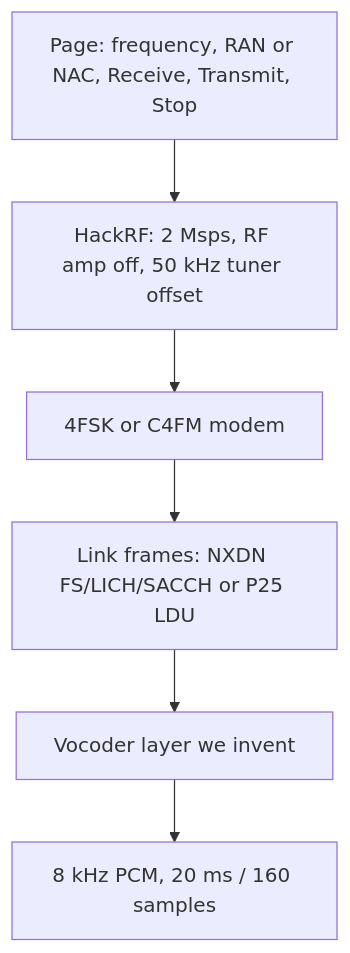
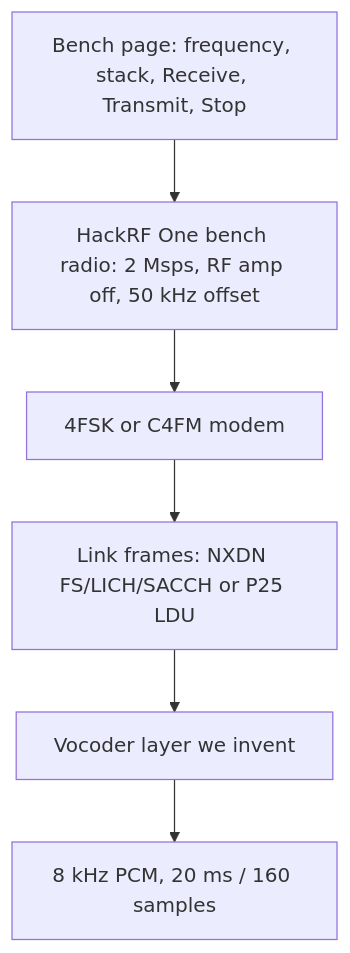
Before and after one commit to tmdrake/jim-p25: the first of 5 diagrams in ROADMAP.md, drawn with Mermaid. The commit also changed other lines of this file and 4 other files, not shown here.

First line of the commit message:
State the goal as a HackRF One bench radio for experimental stacks.

````diff
--- a/ROADMAP.md
+++ b/ROADMAP.md
@@ -7,15 +9,15 @@
 ```mermaid
 flowchart TB
-    page[Page: frequency, RAN or NAC, Receive, Transmit, Stop]
-    rf[HackRF: 2 Msps, RF amp off, 50 kHz tuner offset]
+    page[Bench page: frequency, stack, Receive, Transmit, Stop]
+    rf[HackRF One bench radio: 2 Msps, RF amp off, 50 kHz offset]
     fsk[4FSK or C4FM modem]
     frame[Link frames: NXDN FS/LICH/SACCH or P25 LDU]
     voc[Vocoder layer we invent]
     pcm[8 kHz PCM, 20 ms / 160 samples]
 
     page --> rf
     rf --> fsk
     fsk --> frame
     frame --> voc
     voc --> pcm
 ```
````
